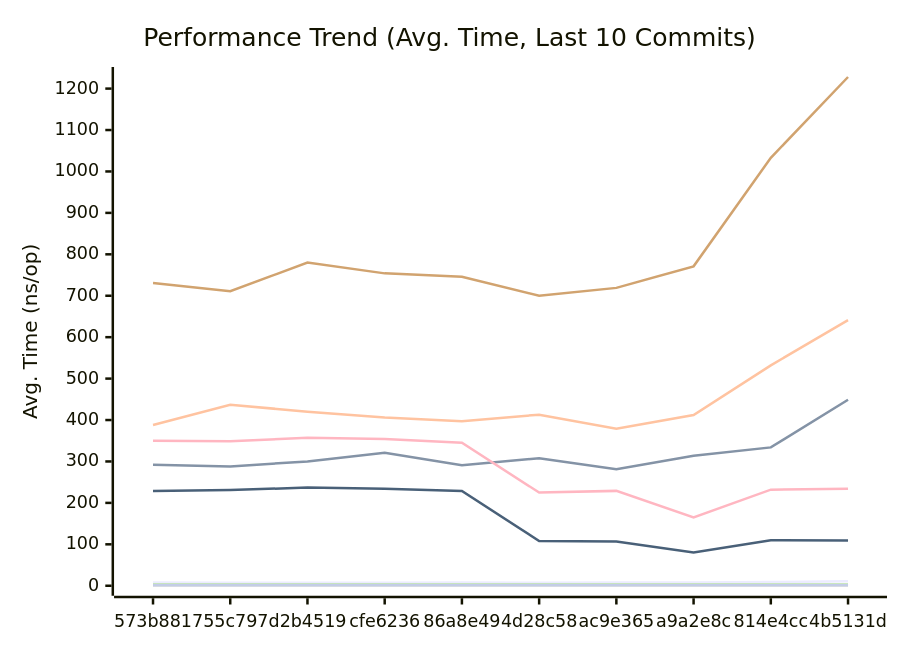
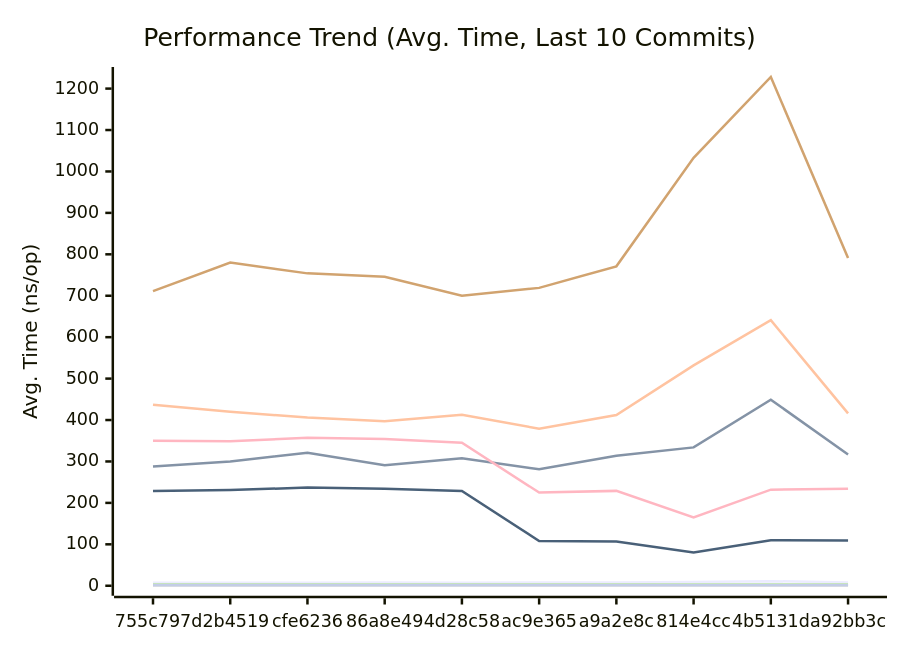
One commit to alsotoes/momo changed the first of 3 diagrams in docs/PERFORMANCE.md. Above: the diagram before and after it, drawn with Mermaid. The commit also changed other lines of this file and 2 other files, not shown here.

````diff
--- a/docs/PERFORMANCE.md
+++ b/docs/PERFORMANCE.md
@@ -80,16 +80,16 @@
 ```mermaid
 xychart-beta
     title "Performance Trend (Avg. Time, Last 10 Commits)"
     x-axis "Commit"
     y-axis "Avg. Time (ns/op)"
-    x-axis [573b881,755c797,d2b4519,cfe6236,86a8e49,4d28c58,ac9e365,a9a2e8c,814e4cc,4b5131d]
-    line "CheckMetricsAndSwap" [8,7,7,7,8,7,8,8,9,11]
-    line "CrushOptimized" [292,288,300,321,291,308,281,314,334,449]
-    line "CrushOriginal" [388,437,420,406,397,413,379,412,532,641]
+    x-axis [755c797,d2b4519,cfe6236,86a8e49,4d28c58,ac9e365,a9a2e8c,814e4cc,4b5131d,a92bb3c]
+    line "CheckMetricsAndSwap" [7,7,7,8,7,8,8,9,11,8]
+    line "CrushOptimized" [288,300,321,291,308,281,314,334,449,317]
+    line "CrushOriginal" [437,420,406,397,413,379,412,532,641,416]
     line "IndexDirectTracking" [0,0,0,0,0,0,0,0,0,0]
     line "IndexSearch" [3,3,3,3,3,3,3,3,3,3]
-    line "LoadGlobalConfig" [731,711,780,754,746,700,719,771,1033,1228]
+    line "LoadGlobalConfig" [711,780,754,746,700,719,771,1033,1228,791]
     line "PadString" [2,2,2,2,2,2,2,2,2,2]
     line "ParseReplicationOrder_NoPrealloc" [350,349,357,354,345,225,229,165,232,234]
     line "ParseReplicationOrder_Prealloc" [229,231,237,234,229,108,107,80,110,109]
 ```
````
